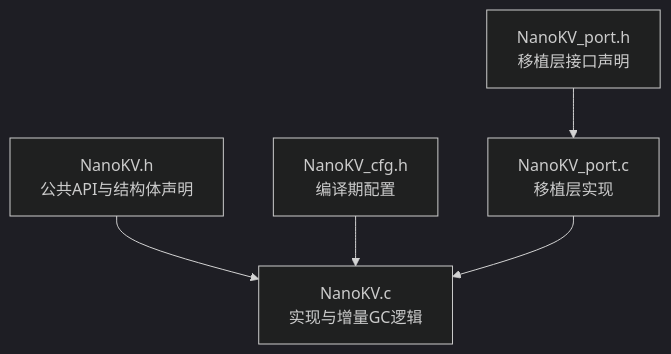
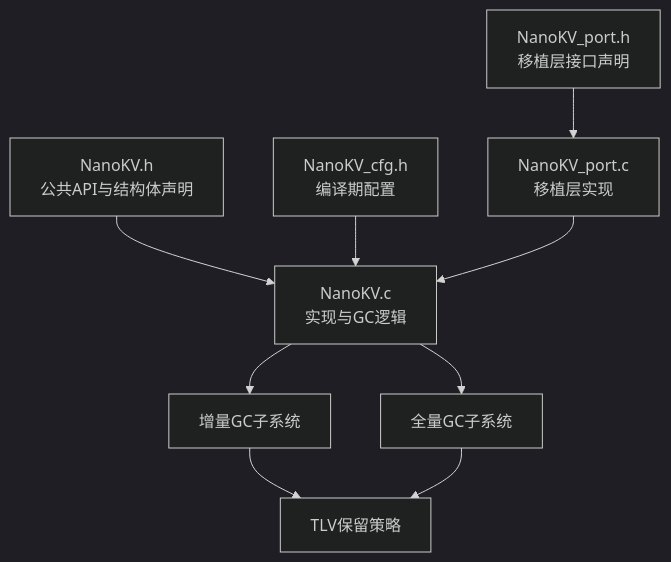
Before and after one commit to causebefore/microkv-module: the first of 6 diagrams in .qoder/repowiki/zh/content/API参考手册/垃圾回收API.md, drawn with Mermaid (dark theme). The commit also changed other lines of this file and 10 other files, not shown here.

````diff
--- a/.qoder/repowiki/zh/content/API参考手册/垃圾回收API.md
+++ b/.qoder/repowiki/zh/content/API参考手册/垃圾回收API.md
@@ -37,7 +46,11 @@
 ```mermaid
 graph TB
-A["NanoKV.h<br/>公共API与结构体声明"] --> B["NanoKV.c<br/>实现与增量GC逻辑"]
+A["NanoKV.h<br/>公共API与结构体声明"] --> B["NanoKV.c<br/>实现与GC逻辑"]
 C["NanoKV_cfg.h<br/>编译期配置"] --> B
 D["NanoKV_port.h<br/>移植层接口声明"] --> E["NanoKV_port.c<br/>移植层实现"]
 E --> B
+B --> F["增量GC子系统"]
+B --> G["全量GC子系统"]
+F --> H["TLV保留策略"]
+G --> H
 ```
````
